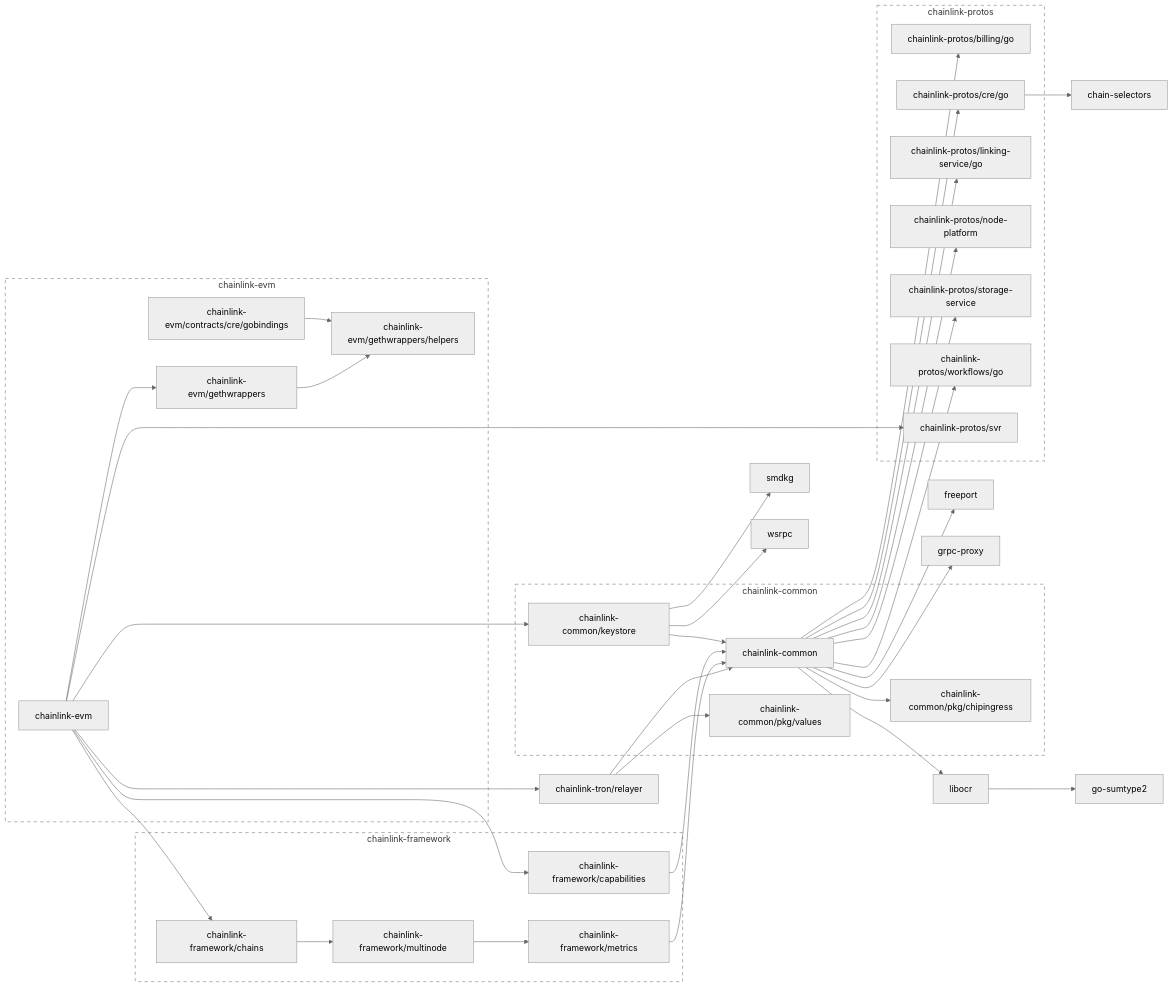
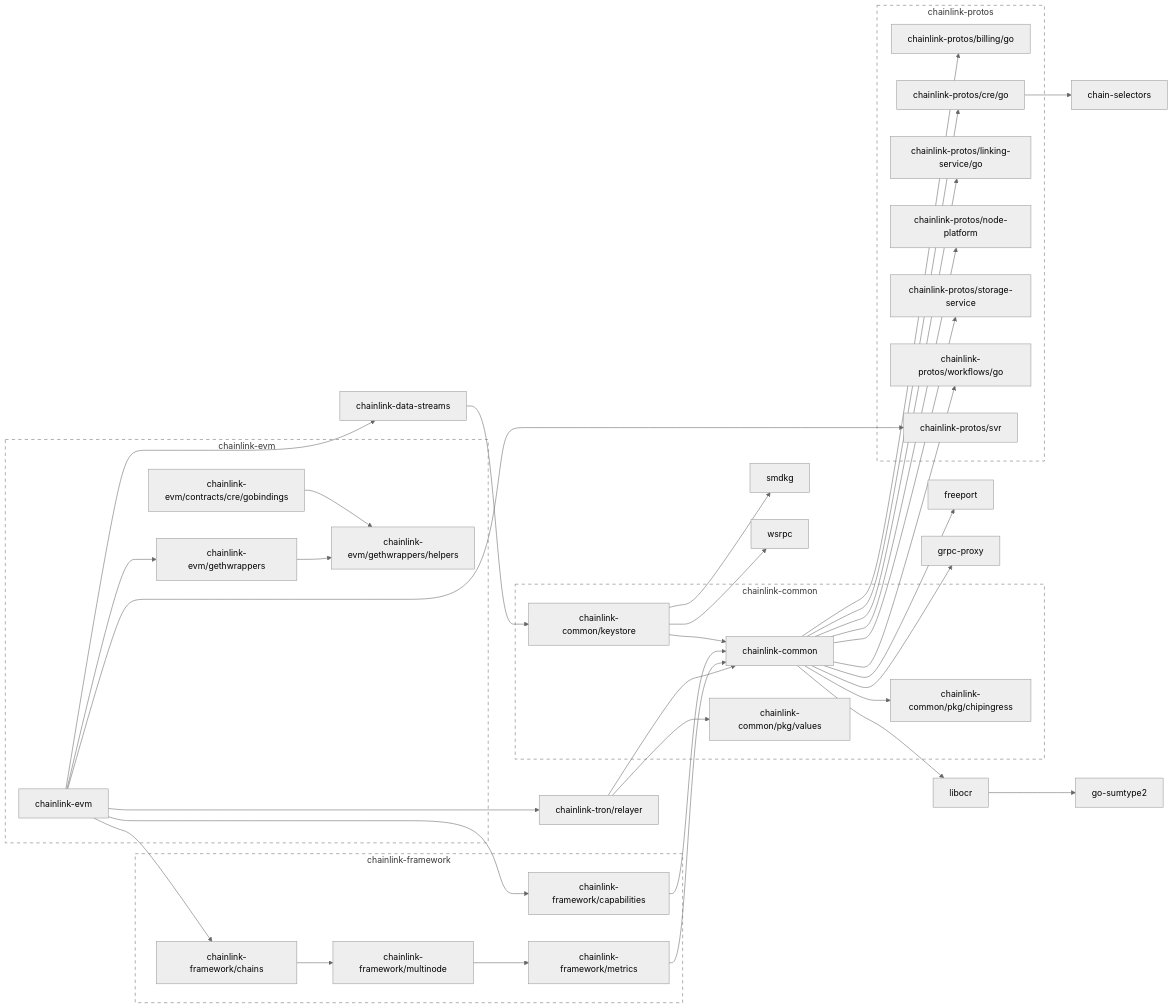
One commit to smartcontractkit/chainlink-evm changed the diagram in go.md. Above: the diagram before and after it, drawn with Mermaid (neutral theme). The commit also changed 33 other files, not shown here.

```diff
--- a/go.md
+++ b/go.md
@@ -23,7 +23,9 @@
 	click chainlink-common/pkg/chipingress href "https://github.com/smartcontractkit/chainlink-common"
 	chainlink-common/pkg/values
 	click chainlink-common/pkg/values href "https://github.com/smartcontractkit/chainlink-common"
-	chainlink-evm --> chainlink-common/keystore
+	chainlink-data-streams --> chainlink-common/keystore
+	click chainlink-data-streams href "https://github.com/smartcontractkit/chainlink-data-streams"
+	chainlink-evm --> chainlink-data-streams
 	chainlink-evm --> chainlink-evm/gethwrappers
 	chainlink-evm --> chainlink-framework/capabilities
 	chainlink-evm --> chainlink-framework/chains
```
